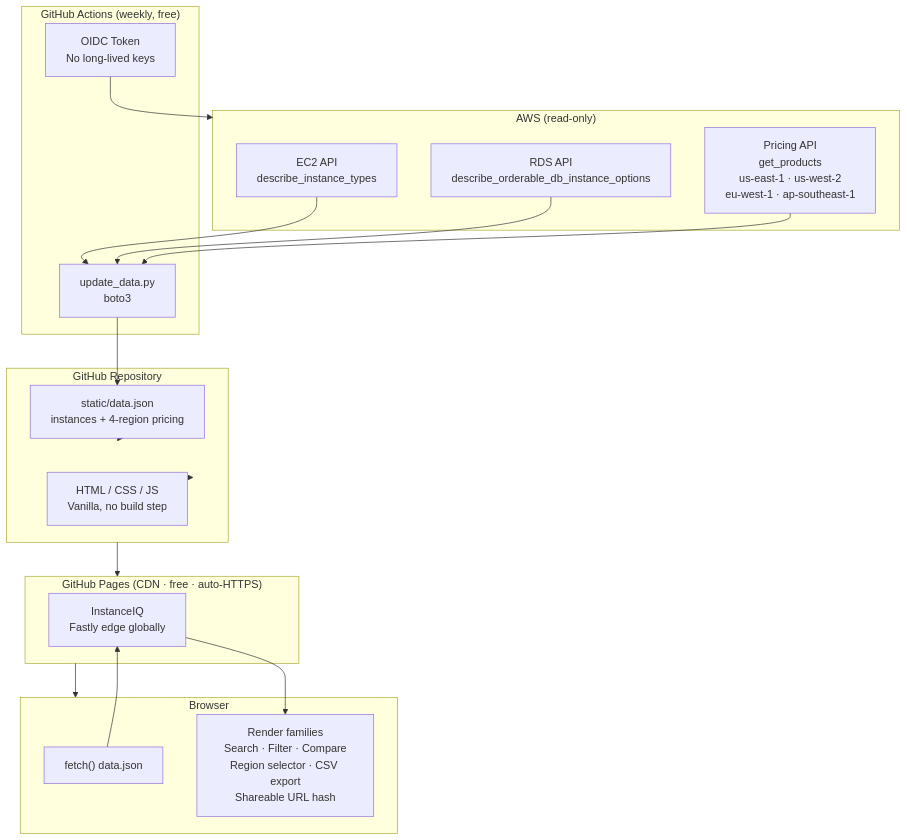
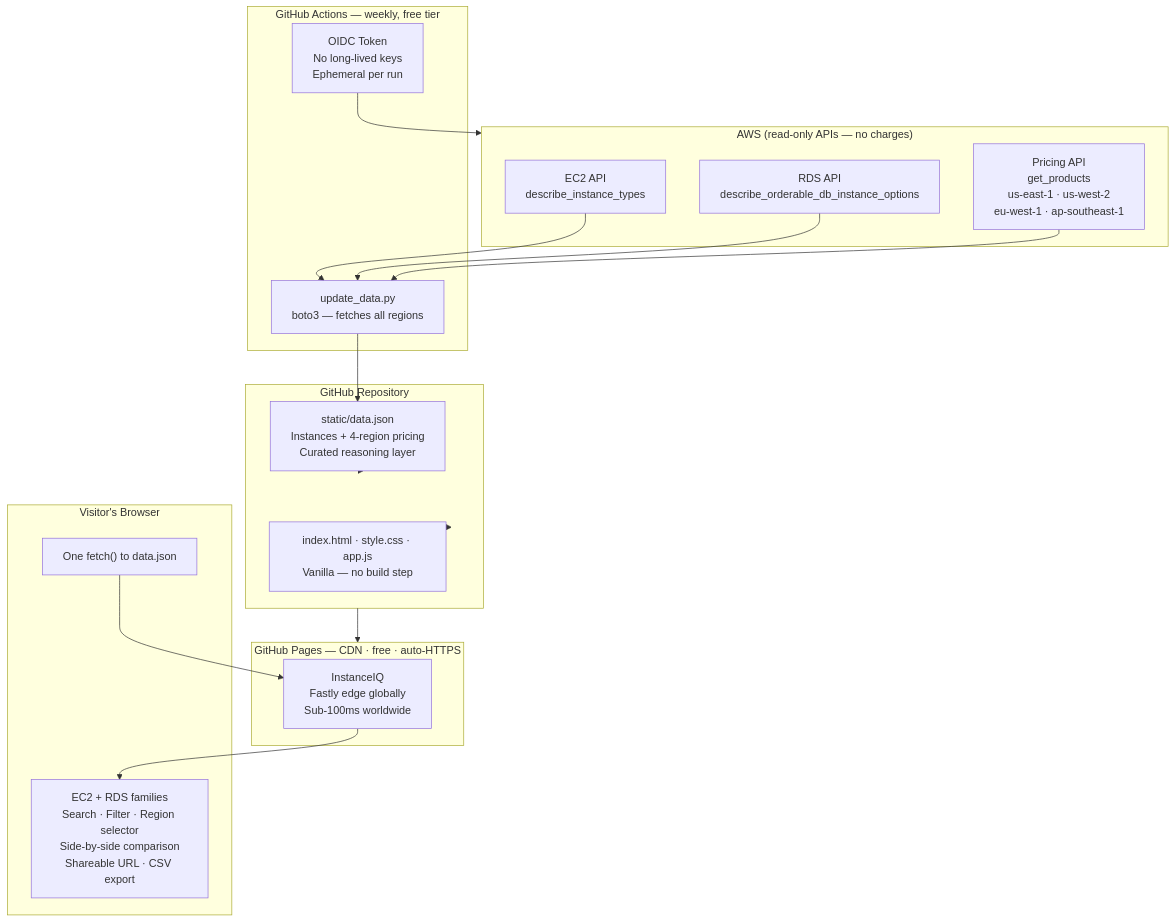
The diagram in BLOG.md (devopscaptain/AWS-Instance-Explorer), drawn with Mermaid before and after one commit. The commit also changed other lines of this file, not shown here.

````diff
--- a/BLOG.md
+++ b/BLOG.md
@@ -103,39 +61,38 @@
 ```mermaid
 graph TD
-    subgraph AWS["AWS (read-only)"]
+    subgraph AWS["AWS (read-only APIs — no charges)"]
         EC2API["EC2 API\ndescribe_instance_types"]
         RDSAPI["RDS API\ndescribe_orderable_db_instance_options"]
         PriceAPI["Pricing API\nget_products\nus-east-1 · us-west-2\neu-west-1 · ap-southeast-1"]
     end
 
-    subgraph CI["GitHub Actions (weekly, free)"]
-        PY["update_data.py\nboto3"]
-        OIDC["OIDC Token\nNo long-lived keys"]
+    subgraph CI["GitHub Actions — weekly, free tier"]
+        OIDC["OIDC Token\nNo long-lived keys\nEphemeral per run"]
+        PY["update_data.py\nboto3 — fetches all regions"]
     end
 
     subgraph Repo["GitHub Repository"]
-        JSON["static/data.json\ninstances + 4-region pricing"]
-        SRC["HTML / CSS / JS\nVanilla, no build step"]
+        JSON["static/data.json\nInstances + 4-region pricing\nCurated reasoning layer"]
+        SRC["index.html · style.css · app.js\nVanilla — no build step"]
     end
 
-    subgraph Pages["GitHub Pages (CDN · free · auto-HTTPS)"]
-        SITE["InstanceIQ\nFastly edge globally"]
+    subgraph Pages["GitHub Pages — CDN · free · auto-HTTPS"]
+        SITE["InstanceIQ\nFastly edge globally\nSub-100ms worldwide"]
     end
 
-    subgraph Browser["Browser"]
-        FETCH["fetch() data.json"]
-        UI["Render families\nSearch · Filter · Compare\nRegion selector · CSV export\nShareable URL hash"]
+    subgraph Browser["Visitor's Browser"]
+        FETCH["One fetch() to data.json"]
+        UI["EC2 + RDS families\nSearch · Filter · Region selector\nSide-by-side comparison\nShareable URL · CSV export"]
     end
 
     OIDC --> AWS
     EC2API --> PY
     RDSAPI --> PY
     PriceAPI --> PY
     PY --> JSON
     JSON --> Repo
     SRC --> Repo
     Repo --> Pages
-    Pages --> Browser
     FETCH --> SITE
     SITE --> UI
 ```
````
